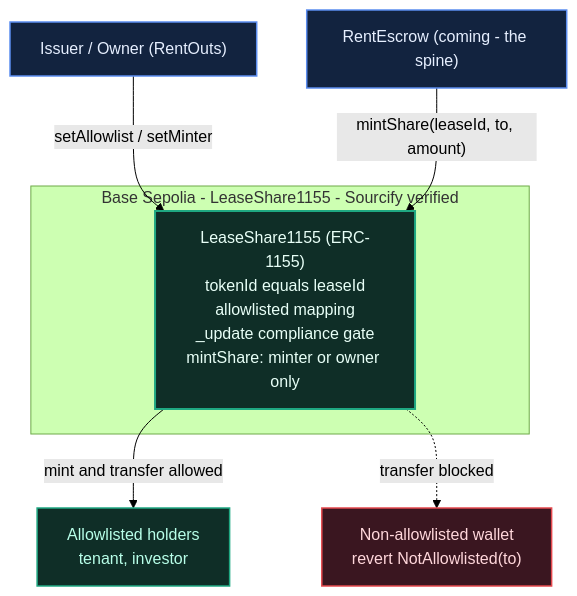
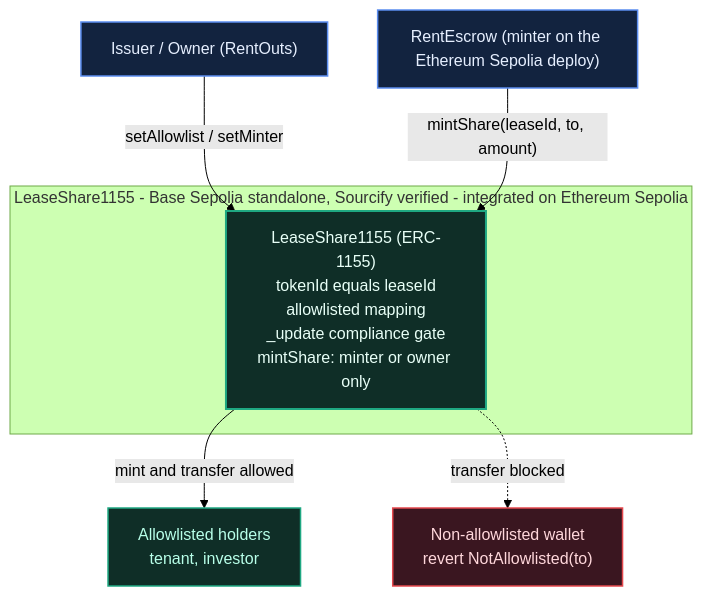
Before and after one commit to AiAlchemist0/rentouts-escrow: the diagram in docs/diagrams/architecture.mmd, drawn with Mermaid (forest theme). The commit also changed 6 other files, not shown here.

```diff
--- a/docs/diagrams/architecture.mmd
+++ b/docs/diagrams/architecture.mmd
@@ -1,17 +1,17 @@
 flowchart TB
   classDef contract fill:#0f2e27,stroke:#1fa882,stroke-width:2px,color:#e8fff7;
   classDef actor fill:#12233f,stroke:#5b8def,stroke-width:1.5px,color:#e6efff;
   classDef good fill:#0f2e27,stroke:#1fa882,stroke-width:1.5px,color:#b8ffe9;
   classDef bad fill:#3a1620,stroke:#e5484d,stroke-width:1.5px,color:#ffd7db;
 
   Owner["Issuer / Owner (RentOuts)"]:::actor
-  Escrow["RentEscrow (coming - the spine)"]:::actor
+  Escrow["RentEscrow (minter on the Ethereum Sepolia deploy)"]:::actor
 
-  subgraph Chain["Base Sepolia - LeaseShare1155 - Sourcify verified"]
+  subgraph Chain["LeaseShare1155 - Base Sepolia standalone, Sourcify verified - integrated on Ethereum Sepolia"]
     LS["LeaseShare1155 (ERC-1155)<br/>tokenId equals leaseId<br/>allowlisted mapping<br/>_update compliance gate<br/>mintShare: minter or owner only"]:::contract
   end
 
   Owner -->|"setAllowlist / setMinter"| LS
   Escrow -->|"mintShare(leaseId, to, amount)"| LS
   LS -->|"mint and transfer allowed"| Allow["Allowlisted holders<br/>tenant, investor"]:::good
   LS -.->|"transfer blocked"| Deny["Non-allowlisted wallet<br/>revert NotAllowlisted(to)"]:::bad
```
